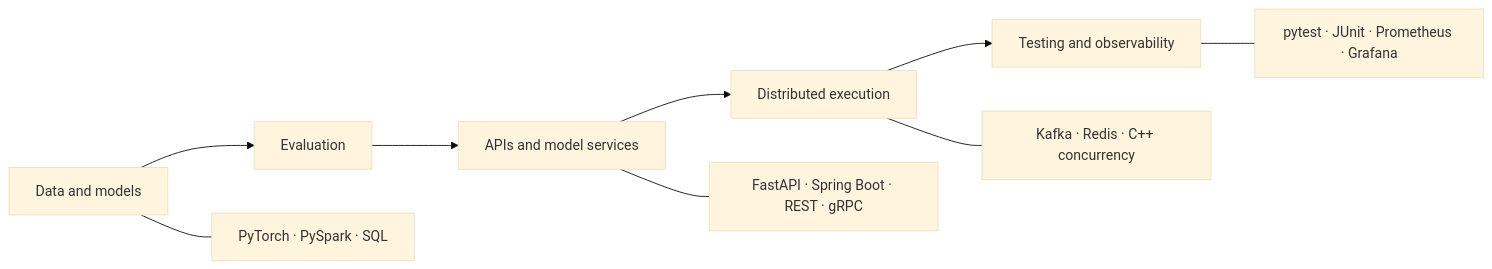
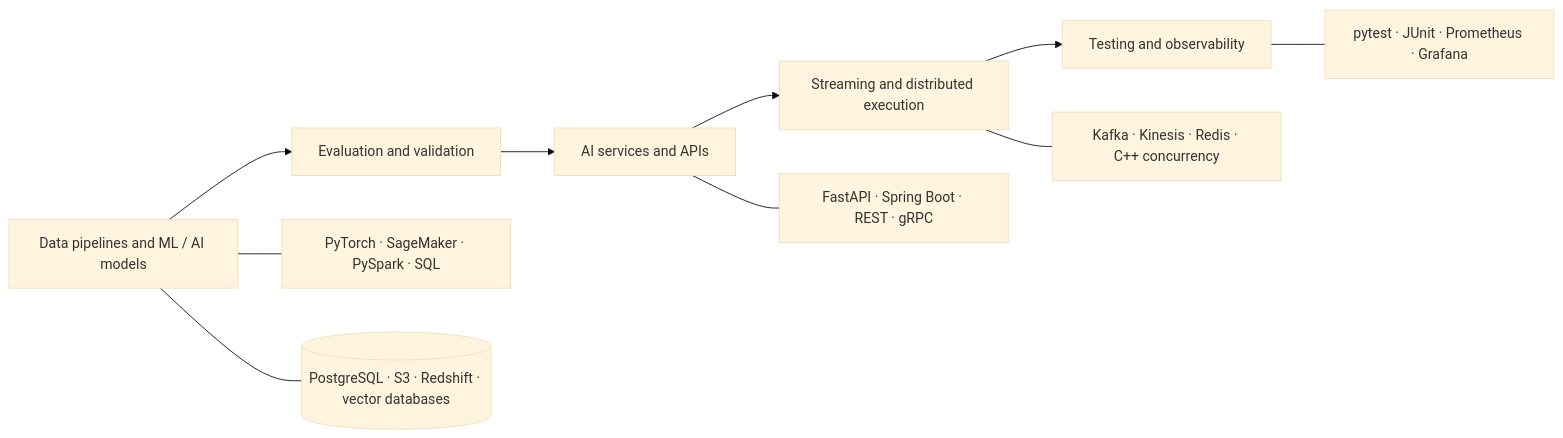
Before and after one commit to shrutilekkala/shrutilekkala: the diagram in README.md, drawn with Mermaid (base theme). The commit also changed other lines of this file, not shown here.

````diff
--- a/README.md
+++ b/README.md
@@ -13,12 +15,13 @@
 ```mermaid
 flowchart LR
-    Data[Data and models] --> Eval[Evaluation]
-    Eval --> Services[APIs and model services]
-    Services --> Runtime[Distributed execution]
+    Data[Data pipelines and ML / AI models] --> Eval[Evaluation and validation]
+    Eval --> Services[AI services and APIs]
+    Services --> Runtime[Streaming and distributed execution]
     Runtime --> Reliability[Testing and observability]
 
-    Data --- D[PyTorch · PySpark · SQL]
+    Data --- D[PyTorch · SageMaker · PySpark · SQL]
+    Data --- Storage[(PostgreSQL · S3 · Redshift · vector databases)]
     Services --- S[FastAPI · Spring Boot · REST · gRPC]
-    Runtime --- R[Kafka · Redis · C++ concurrency]
+    Runtime --- R[Kafka · Kinesis · Redis · C++ concurrency]
     Reliability --- O[pytest · JUnit · Prometheus · Grafana]
 ```
````
